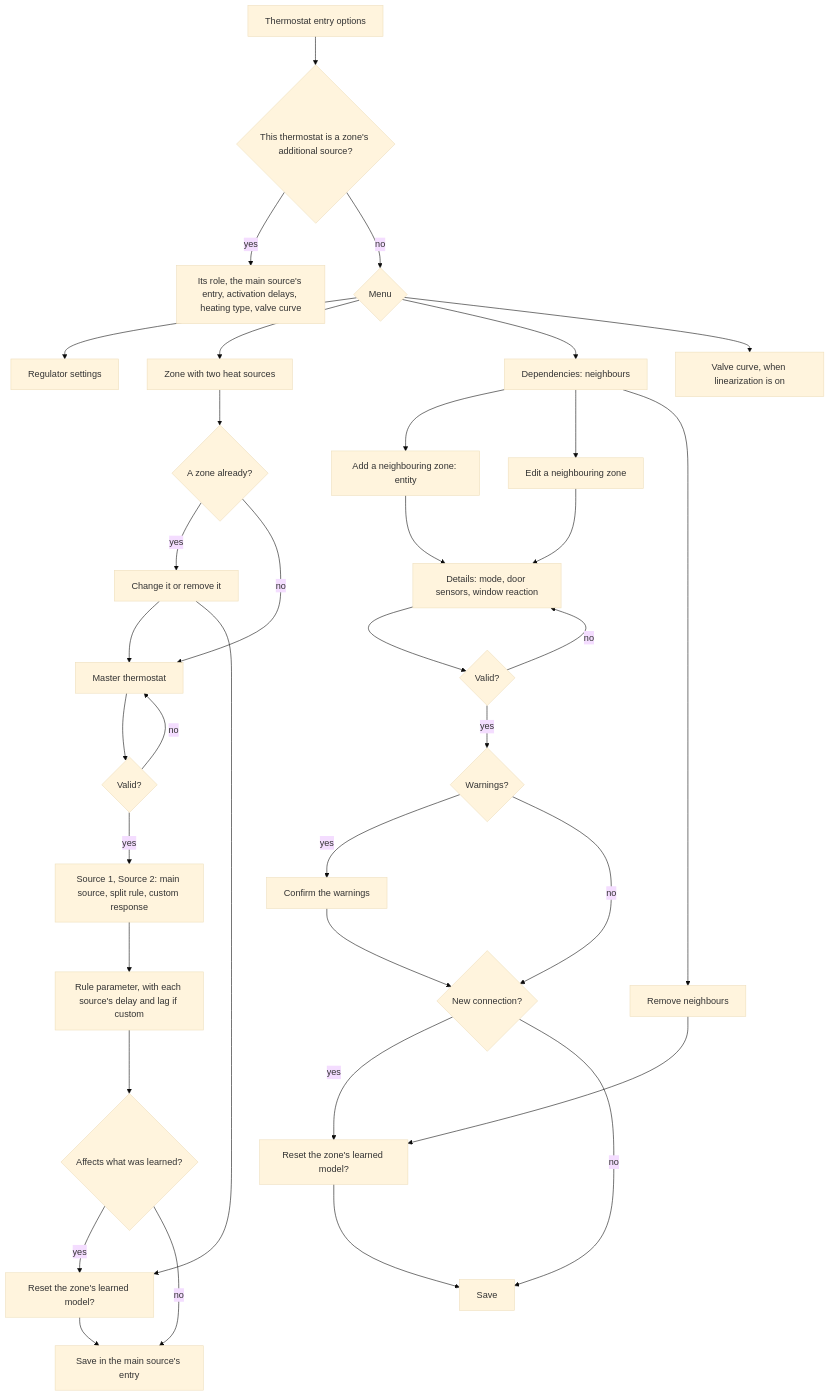
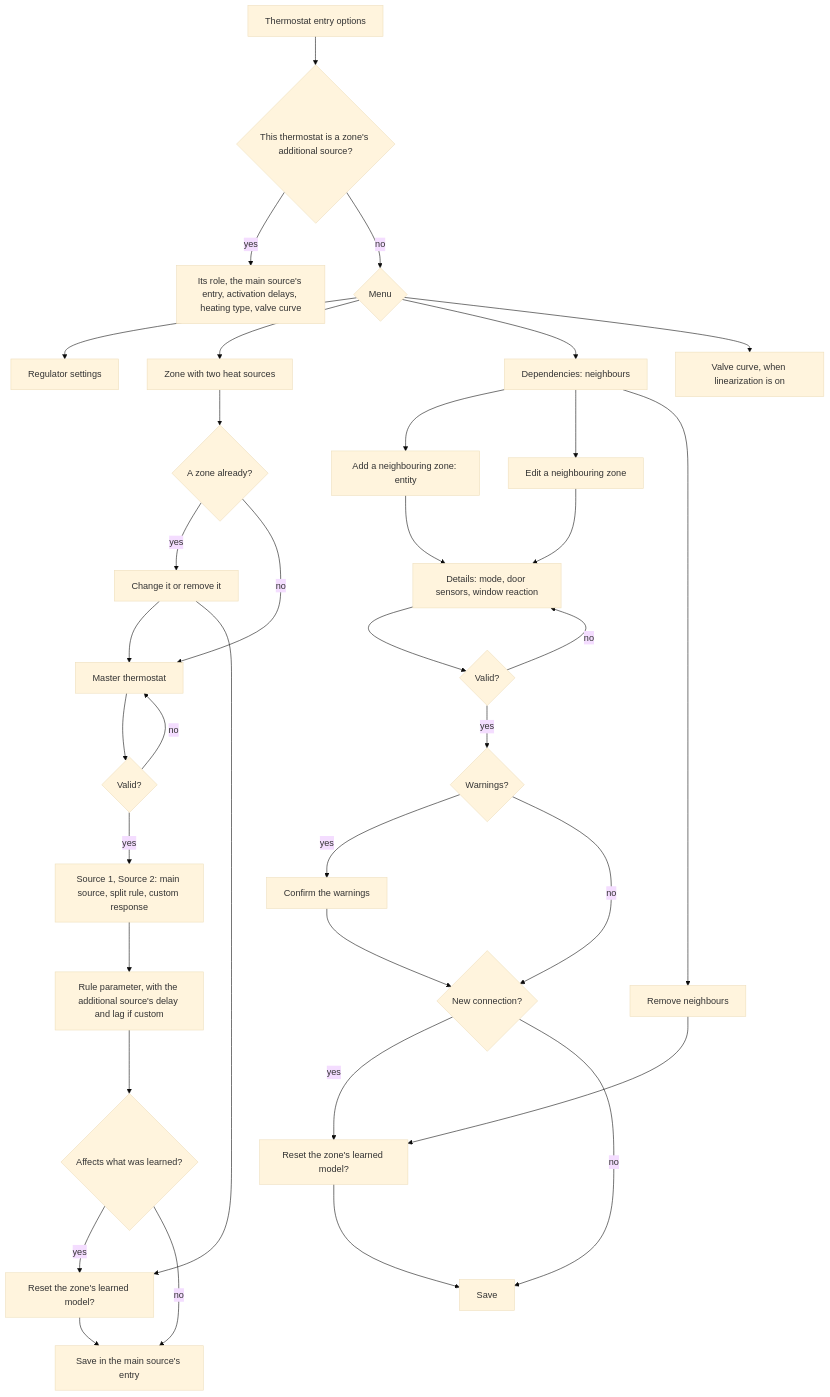
One commit to Shadow-230/vtherm_smartpi changed diagram 11 of 11 in documentation/en/zone_dependencies.md. Above: the diagram before and after it, drawn with Mermaid (base theme). The commit also changed other lines of this file and 10 other files, not shown here.

````diff
--- a/documentation/en/zone_dependencies.md
+++ b/documentation/en/zone_dependencies.md
@@ -966,38 +978,38 @@
 ```mermaid
 flowchart TD
     O[Thermostat entry options] --> R{This thermostat is a zone's additional source?}
     R -- yes --> SR[Its role, the main source's entry, activation delays, heating type, valve curve]
     R -- no --> M{Menu}
     M --> ST[Regulator settings]
     M --> ZN[Zone with two heat sources]
     M --> DL[Dependencies: neighbours]
     M --> VC[Valve curve, when linearization is on]
     ZN --> ZE{A zone already?}
     ZE -- yes --> ZM[Change it or remove it]
     ZE -- no --> MA[Master thermostat]
     ZM --> MA
     ZM --> RS
     MA --> MV{Valid?}
     MV -- no --> MA
     MV -- yes --> SO[Source 1, Source 2: main source, split rule, custom response]
-    SO --> PA[Rule parameter, with each source's delay and lag if custom]
+    SO --> PA[Rule parameter, with the additional source's delay and lag if custom]
     PA --> AF{Affects what was learned?}
     AF -- yes --> RS[Reset the zone's learned model?]
     AF -- no --> SV[Save in the main source's entry]
     RS --> SV
     DL --> NA[Add a neighbouring zone: entity]
     DL --> NE[Edit a neighbouring zone]
     DL --> NR[Remove neighbours]
     NA --> ND[Details: mode, door sensors, window reaction]
     NE --> ND
     ND --> V{Valid?}
     V -- no --> ND
     V -- yes --> W{Warnings?}
     W -- yes --> NC[Confirm the warnings]
     W -- no --> NF{New connection?}
     NC --> NF
     NF -- yes --> NRS[Reset the zone's learned model?]
     NF -- no --> NSV[Save]
     NRS --> NSV
     NR --> NRS
 ```
````
